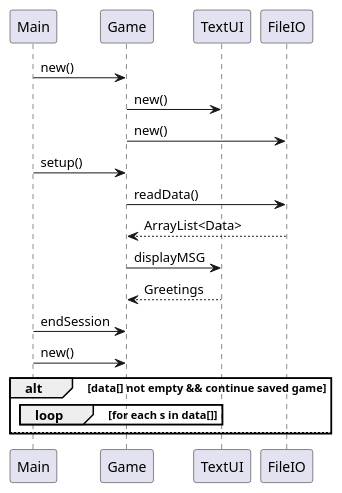
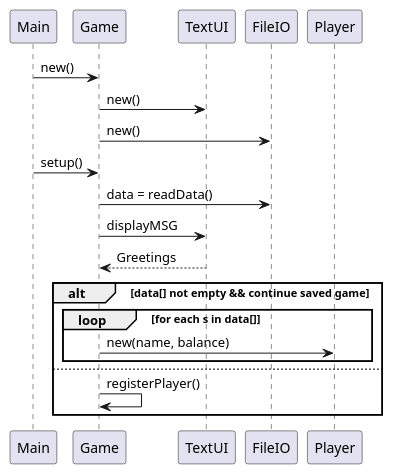
Before and after one commit to Dat1Cphbusiness/MonopolyE24: the diagram in doc/Plan/dynamic/sequence_uc1_startGame.puml, drawn with PlantUML.

```diff
--- a/doc/Plan/dynamic/sequence_uc1_startGame.puml
+++ b/doc/Plan/dynamic/sequence_uc1_startGame.puml
@@ -1,28 +1,25 @@
 @startuml
 !pragma layout smetana
 
 Main -> Game: new()
 Game -> TextUI: new()
 Game -> FileIO: new()
 Main -> Game: setup()
-Game -> FileIO: readData()
-FileIO --> Game: ArrayList<Data>
+Game -> FileIO: data = readData()
 Game -> TextUI: displayMSG
 TextUI --> Game: Greetings
 
-Main -> Game: endSession
 
-Main -> Game: new()
 'indsæt instansieringer i Game konstruktor
 'indsæt kaldet til setup()
 'indsæt hvad der sker i toppen af setup()
 alt data[] not empty && continue saved game
 loop for each s in data[]
-'indsæt hvad der sker i loopet
+Game -> Player: new(name, balance)
 end
 else
 'indsæt kaldet til registerPlayers()
-
+Game -> Game: registerPlayer()
 end
 
 @enduml
```
